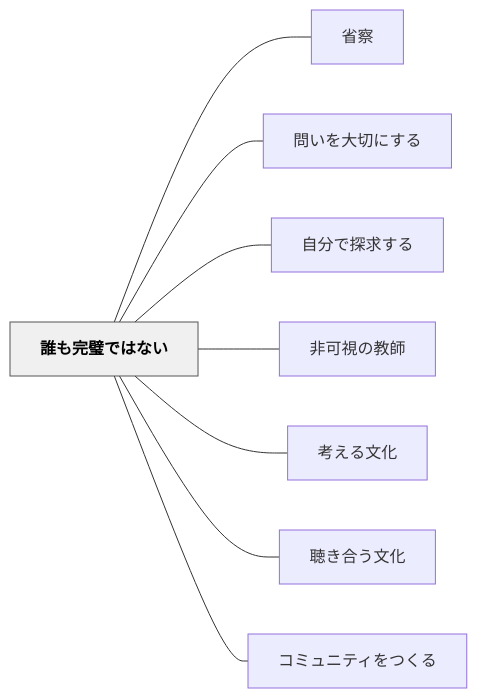
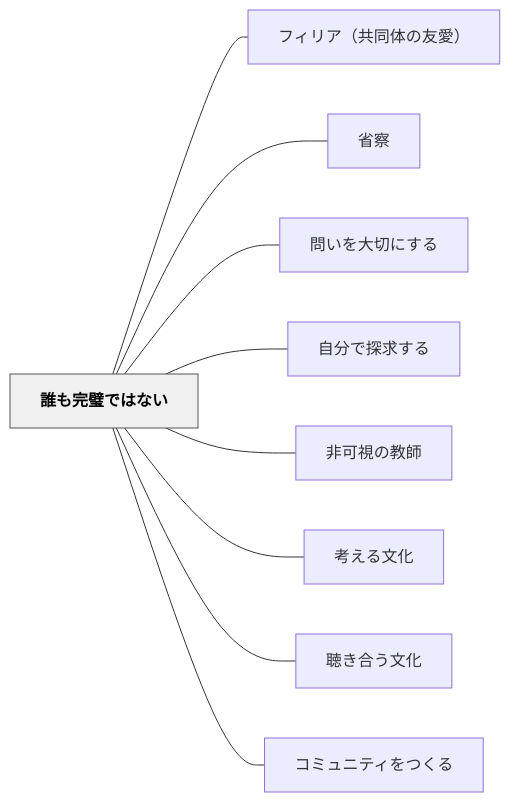
The diagram in content/パタン/誰も完璧ではない.md (unknownthings-ed-patterns/unknownthings-ed-patterns), drawn with Mermaid before and after one commit. The commit also changed other lines of this file and 19 other files, not shown here.

````diff
--- a/content/パタン/誰も完璧ではない.md
+++ b/content/パタン/誰も完璧ではない.md
@@ -87,22 +88,24 @@
 ```mermaid
 flowchart LR
     ne8aab0e38282e5ae8ce792a7e381a7e381afe381aae38184["誰も完璧ではない"]
+    ne38395e382a3e383aae382a2efbc88e585b1e5908ce4bd93e381aee58f8be6849befbc89["フィリア（共同体の友愛）"]
     ne79c81e5af9f["省察"]
     ne5958fe38184e38292e5a4a7e58887e381abe38199e3828b["問いを大切にする"]
     ne887aae58886e381a7e68ea2e6b182e38199e3828b["自分で探求する"]
     ne99d9ee58fafe8a696e381aee69599e5b8ab["非可視の教師"]
     ne88083e38188e3828be69687e58c96["考える文化"]
     ne881b4e3818de59088e38186e69687e58c96["聴き合う文化"]
     ne382b3e3839fe383a5e3838be38386e382a3e38292e381a4e3818fe3828b["コミュニティをつくる"]
 
+    ne8aab0e38282e5ae8ce792a7e381a7e381afe381aae38184 --- ne38395e382a3e383aae382a2efbc88e585b1e5908ce4bd93e381aee58f8be6849befbc89
     ne8aab0e38282e5ae8ce792a7e381a7e381afe381aae38184 --- ne79c81e5af9f
     ne8aab0e38282e5ae8ce792a7e381a7e381afe381aae38184 --- ne5958fe38184e38292e5a4a7e58887e381abe38199e3828b
     ne8aab0e38282e5ae8ce792a7e381a7e381afe381aae38184 --- ne887aae58886e381a7e68ea2e6b182e38199e3828b
     ne8aab0e38282e5ae8ce792a7e381a7e381afe381aae38184 --- ne99d9ee58fafe8a696e381aee69599e5b8ab
     ne8aab0e38282e5ae8ce792a7e381a7e381afe381aae38184 --- ne88083e38188e3828be69687e58c96
     ne8aab0e38282e5ae8ce792a7e381a7e381afe381aae38184 --- ne881b4e3818de59088e38186e69687e58c96
     ne8aab0e38282e5ae8ce792a7e381a7e381afe381aae38184 --- ne382b3e3839fe383a5e3838be38386e382a3e38292e381a4e3818fe3828b
 
     classDef hub fill:#f0f0f0,stroke:#555,color:#000,font-weight:bold
     class ne8aab0e38282e5ae8ce792a7e381a7e381afe381aae38184 hub
 ```
````
